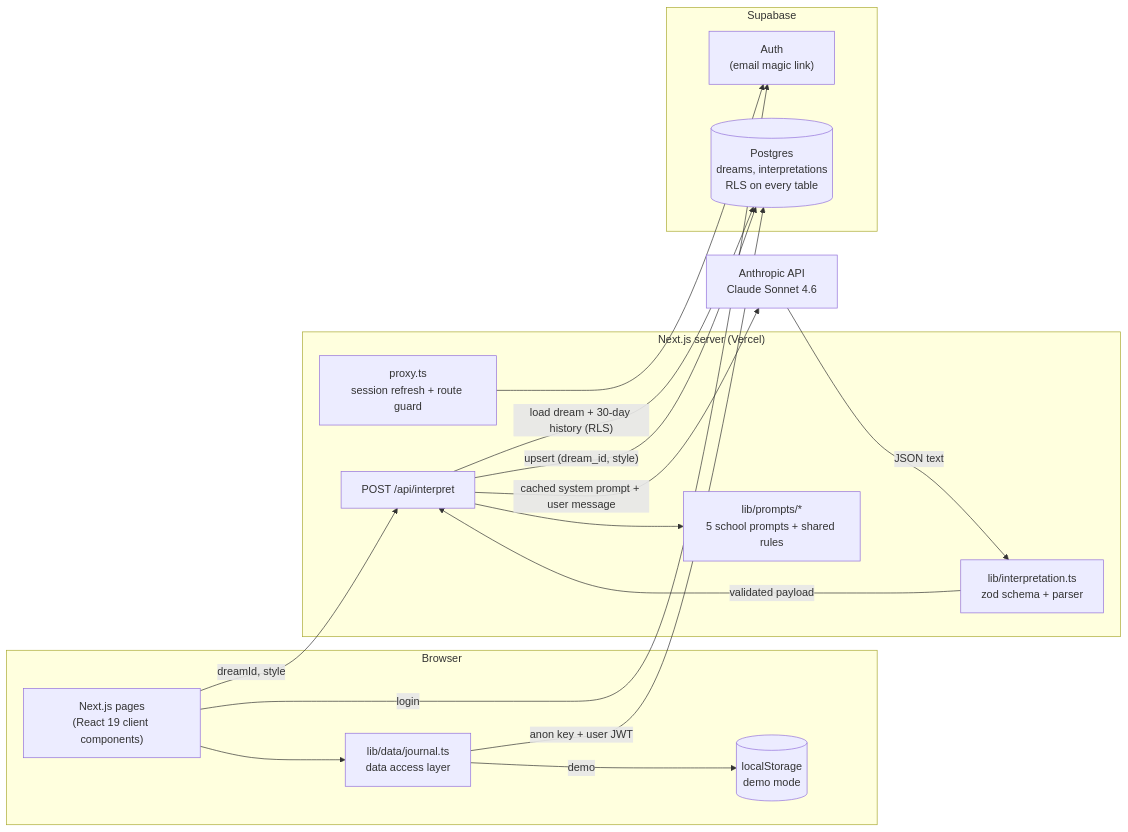
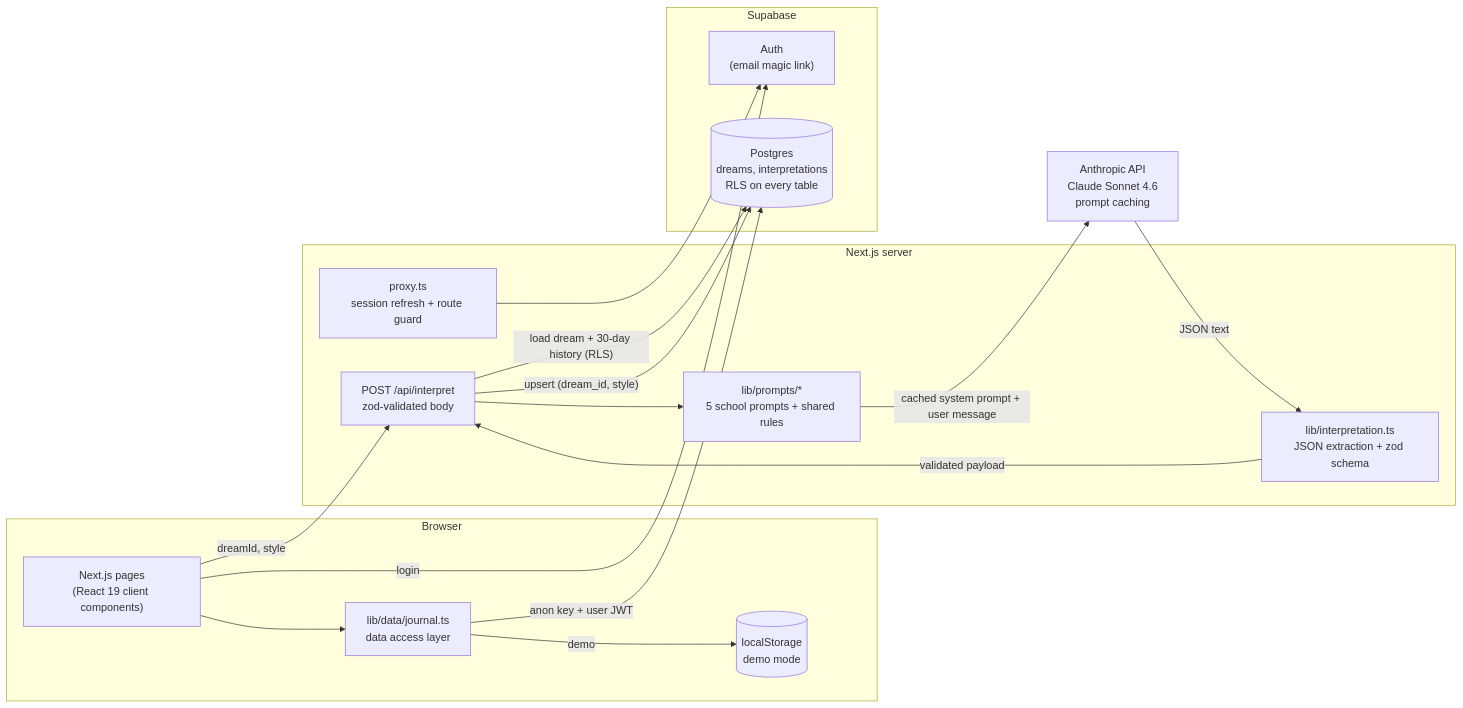
One commit to blacktea3250106/dream-journal changed the diagram in README.md. Above: the diagram before and after it, drawn with Mermaid. The commit also changed other lines of this file and 4 other files, not shown here.

First line of the commit message:
Polish README: badges, hero, demo GIF, architecture and decisions

````diff
--- a/README.md
+++ b/README.md
@@ -59,35 +89,35 @@
 ```mermaid
 flowchart LR
     subgraph Browser
         UI["Next.js pages<br/>(React 19 client components)"]
         DL["lib/data/journal.ts<br/>data access layer"]
         LS[("localStorage<br/>demo mode")]
     end
 
-    subgraph Server["Next.js server (Vercel)"]
+    subgraph Server["Next.js server"]
         PX["proxy.ts<br/>session refresh + route guard"]
-        API["POST /api/interpret"]
+        API["POST /api/interpret<br/>zod-validated body"]
         PR["lib/prompts/*<br/>5 school prompts + shared rules"]
-        PS["lib/interpretation.ts<br/>zod schema + parser"]
+        PS["lib/interpretation.ts<br/>JSON extraction + zod schema"]
     end
 
     subgraph Supabase
         AUTH["Auth<br/>(email magic link)"]
         DB[("Postgres<br/>dreams, interpretations<br/>RLS on every table")]
     end
 
-    CL["Anthropic API<br/>Claude Sonnet 4.6"]
+    CL["Anthropic API<br/>Claude Sonnet 4.6<br/>prompt caching"]
 
     UI --> DL
     DL -- demo --> LS
     DL -- "anon key + user JWT" --> DB
     UI -- login --> AUTH
     UI -- "dreamId, style" --> API
     PX --> AUTH
     API -- "load dream + 30-day history (RLS)" --> DB
     API --> PR
-    API -- "cached system prompt + user message" --> CL
-    CL -- JSON text --> PS
-    PS -- validated payload --> API
+    PR -- "cached system prompt + user message" --> CL
+    CL -- "JSON text" --> PS
+    PS -- "validated payload" --> API
     API -- "upsert (dream_id, style)" --> DB
 ```
````
